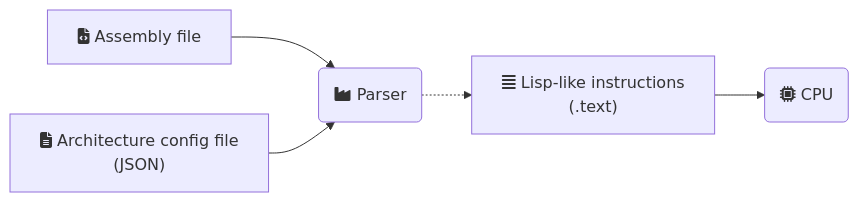
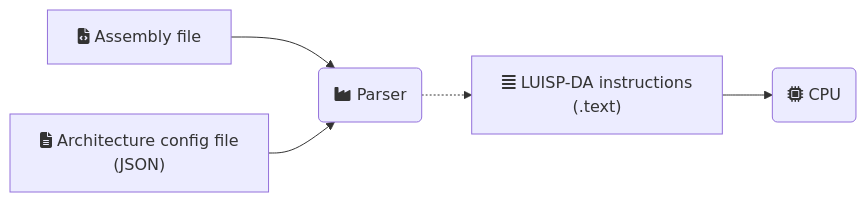
One commit to ldcas-uc3m/TFG changed the diagram in doc/architecture.md. Above: the diagram before and after it, drawn with Mermaid. The commit also changed other lines of this file and 6 other files, not shown here.

````diff
--- a/doc/architecture.md
+++ b/doc/architecture.md
@@ -10,12 +10,12 @@
 ```mermaid
 graph LR;
     asm[fa:fa-file-code Assembly file] & json["
             fa:fa-file-alt Architecture config file
             (JSON)
         "] --> parser(fa:fa-industry Parser);
     parser -.-> lisp["
-                    fa:fa-align-justify Lisp-like instructions
+                    fa:fa-align-justify LUISP-DA instructions
                     (.text)
                 "]
     lisp --> cpu(fa:fa-microchip CPU)
 ```
````
